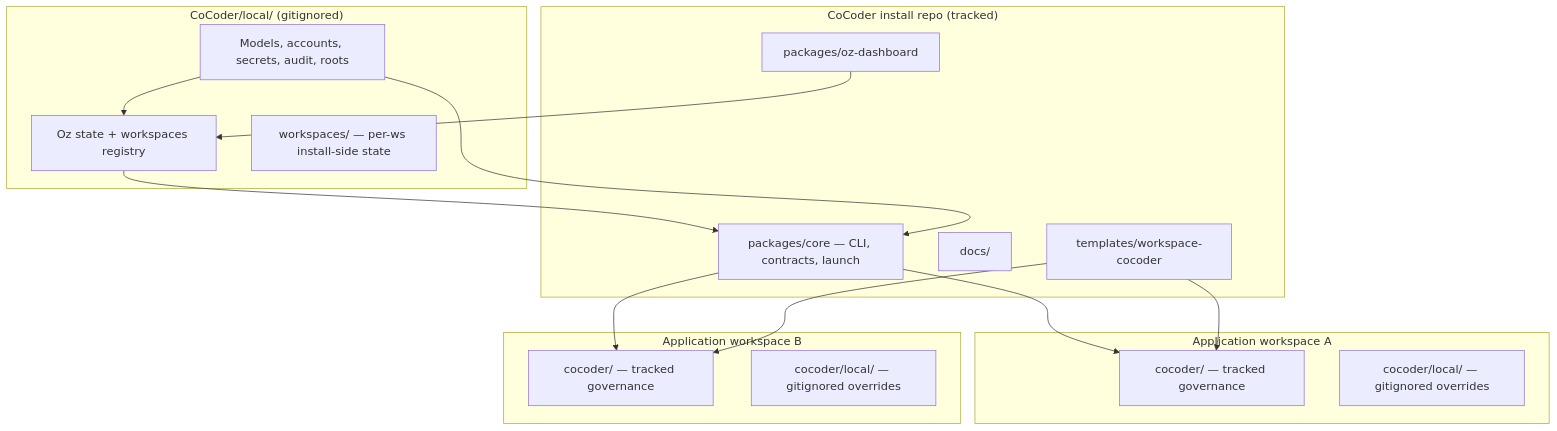
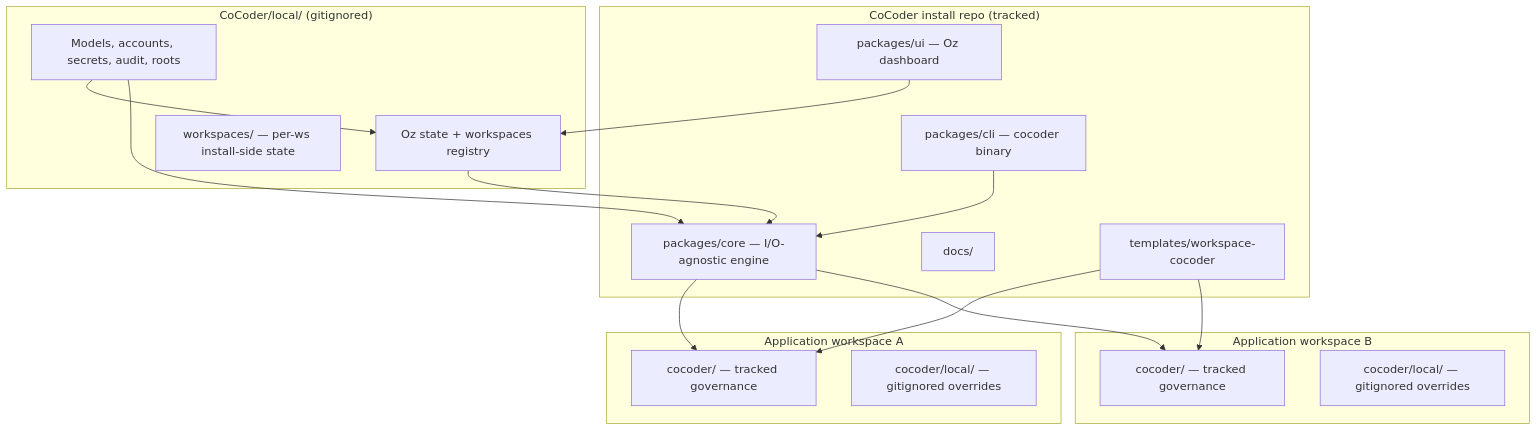
Before and after one commit to BadGuyFranco/cocoder: the diagram in ARCHITECTURE.md, drawn with Mermaid. The commit also changed other lines of this file and 2 other files, not shown here.

First line of the commit message:
docs: correct top-level ARCHITECTURE/README/AGENTS to v2 reality (Oscar review #3)

````diff
--- a/ARCHITECTURE.md
+++ b/ARCHITECTURE.md
@@ -10,34 +10,36 @@
 ```mermaid
 flowchart TB
   subgraph install ["CoCoder install repo (tracked)"]
-    Core[packages/core — CLI, contracts, launch]
-    Dash[packages/oz-dashboard]
+    Core[packages/core — I/O-agnostic engine]
+    Cli[packages/cli — cocoder binary]
+    Dash[packages/ui — Oz dashboard]
     Docs[docs/]
     Tpl[templates/workspace-cocoder]
   end
 
   subgraph installLocal ["CoCoder/local/ (gitignored)"]
     Oz[Oz state + workspaces registry]
     Wsps[workspaces/ — per-ws install-side state]
     Prefs[Models, accounts, secrets, audit, roots]
   end
 
   subgraph wsA ["Application workspace A"]
     CA[cocoder/ — tracked governance]
     CALA[cocoder/local/ — gitignored overrides]
   end
 
   subgraph wsB ["Application workspace B"]
     CB[cocoder/ — tracked governance]
     CBLB[cocoder/local/ — gitignored overrides]
   end
 
   Dash --> Oz
   Oz --> Core
+  Cli --> Core
   Core --> CA
   Core --> CB
   Prefs --> Oz
   Prefs --> Core
   Tpl --> CA
   Tpl --> CB
 ```
````
